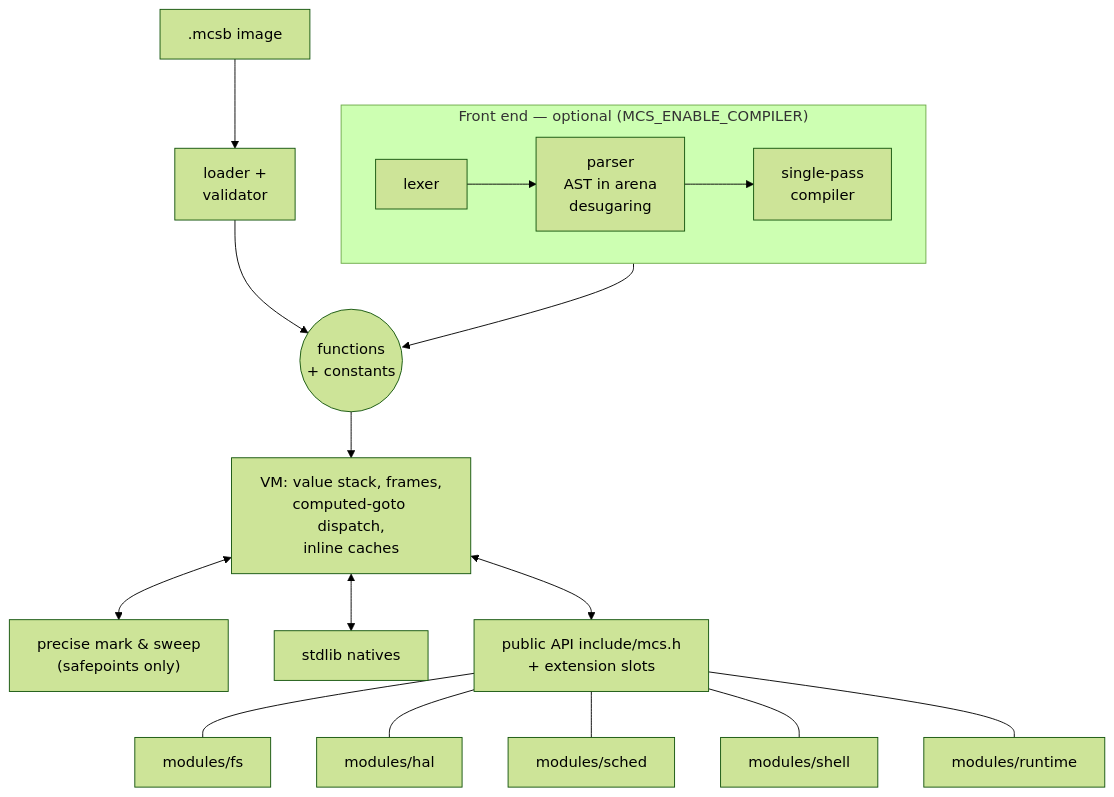
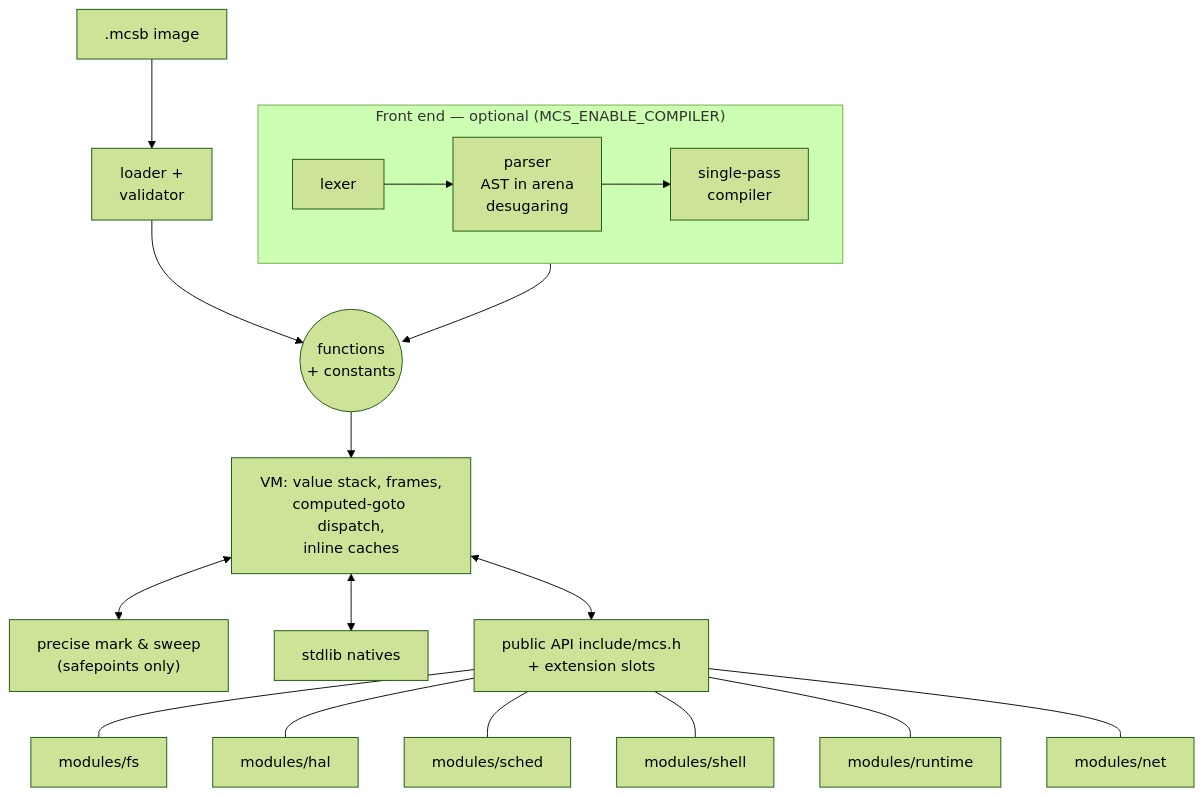
The diagram in docs/ARCHITECTURE.md (amir1387aht/MicroCS), drawn with Mermaid (forest theme) before and after one commit. The commit also changed other lines of this file and 19 other files, not shown here.

````diff
--- a/docs/ARCHITECTURE.md
+++ b/docs/ARCHITECTURE.md
@@ -3,15 +3,15 @@
 ```mermaid
 flowchart TB
     subgraph front["Front end — optional (MCS_ENABLE_COMPILER)"]
         direction LR
         L[lexer] --> P["parser<br/>AST in arena<br/>desugaring"] --> C["single-pass<br/>compiler"]
     end
     IMG[".mcsb image"] --> LD["loader +<br/>validator"]
     C --> F(("functions<br/>+ constants"))
     LD --> F
     F --> VM["VM: value stack, frames,<br/>computed-goto dispatch,<br/>inline caches"]
     VM <--> GC["precise mark & sweep<br/>(safepoints only)"]
     VM <--> STD["stdlib natives"]
     VM <--> API["public API include/mcs.h<br/>+ extension slots"]
-    API --- FS[modules/fs] & HAL[modules/hal] & SCH[modules/sched] & SH[modules/shell] & RT[modules/runtime]
+    API --- FS[modules/fs] & HAL[modules/hal] & SCH[modules/sched] & SH[modules/shell] & RT[modules/runtime] & NET[modules/net]
 ```
````
